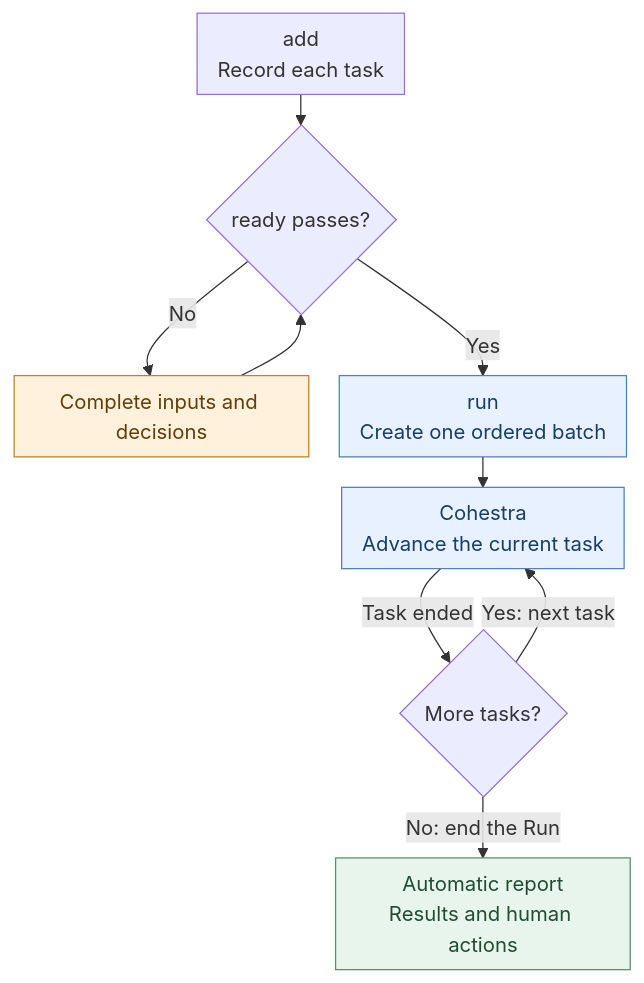
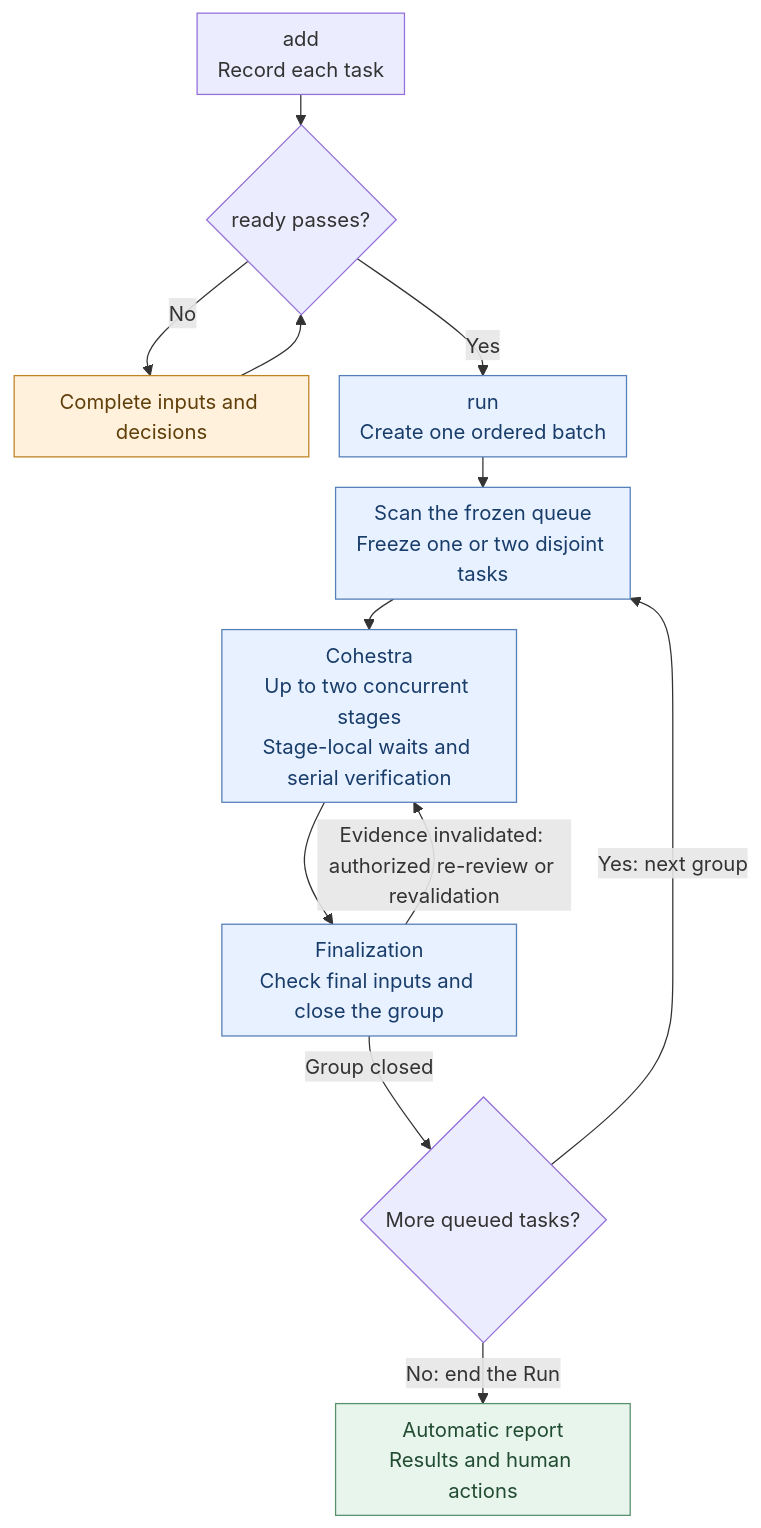
Before and after one commit to yuzio-ai/skills: the second of 4 diagrams in README.md, drawn with Mermaid. The commit also changed other lines of this file and 44 other files, not shown here.

First line of the commit message:
feat(skills): add Cadra fixed groups and Cohestra resource waits

````diff
--- a/README.md
+++ b/README.md
@@ -196,24 +196,27 @@
 ```mermaid
 ---
 config:
   flowchart:
     rankSpacing: 24
     nodeSpacing: 24
     padding: 8
 ---
 flowchart TB
     A["add<br/>Record each task"] --> G{"ready passes?"}
     G -->|"No"| H["Complete inputs and decisions"]
     H --> G
     G -->|"Yes"| R["run<br/>Create one ordered batch"]
-    R --> E["Cohestra<br/>Advance the current task"]
-    E -->|"Task ended"| M{"More tasks?"}
-    M -->|"Yes: next task"| E
+    R --> S["Scan the frozen queue<br/>Freeze one or two disjoint tasks"]
+    S --> E["Cohestra<br/>Up to two concurrent stages<br/>Stage-local waits and serial verification"]
+    E --> F["Finalization<br/>Check final inputs and close the group"]
+    F -->|"Evidence invalidated: authorized re-review or revalidation"| E
+    F -->|"Group closed"| M{"More queued tasks?"}
+    M -->|"Yes: next group"| S
     M -->|"No: end the Run"| O["Automatic report<br/>Results and human actions"]
     class H human
-    class R,E automatic
+    class R,S,E,F automatic
     class O result
     classDef human fill:#fff1db,stroke:#bf8424,color:#603f0b
     classDef automatic fill:#e8f1ff,stroke:#547fb8,color:#193d6a
     classDef result fill:#e8f5ed,stroke:#57916c,color:#224c31
 ```
````
